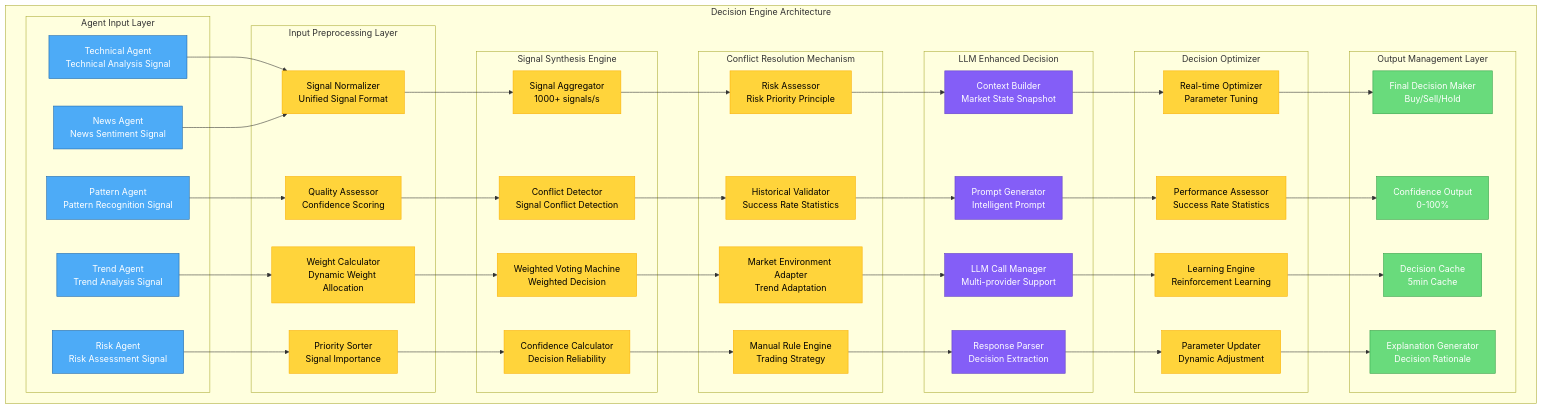
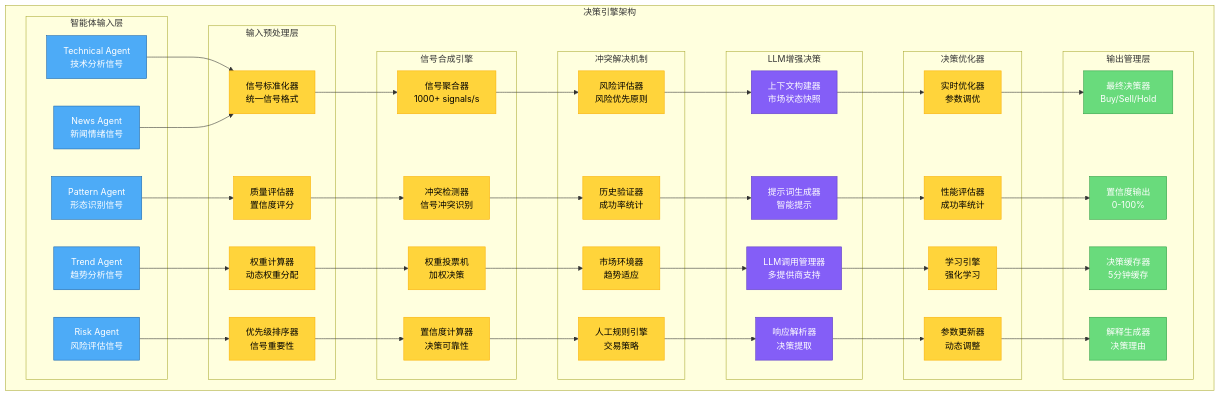
One commit to zcxGGmu/DeepAlpha changed the fourth of 12 diagrams in README.zh.md. Above: the diagram before and after it, drawn with Mermaid. The commit also changed other lines of this file and 1 other file, not shown here.

````diff
--- a/README.zh.md
+++ b/README.zh.md
@@ -531,54 +530,54 @@
 ```mermaid
 graph TB
-    subgraph "Decision Engine Architecture"
-        subgraph "Agent Input Layer"
-            AI1[Technical Agent<br/>Technical Analysis Signal]
-            AI2[Pattern Agent<br/>Pattern Recognition Signal]
-            AI3[Trend Agent<br/>Trend Analysis Signal]
-            AI4[Risk Agent<br/>Risk Assessment Signal]
-            AI5[News Agent<br/>News Sentiment Signal]
+    subgraph "决策引擎架构"
+        subgraph "智能体输入层"
+            AI1[Technical Agent<br/>技术分析信号]
+            AI2[Pattern Agent<br/>形态识别信号]
+            AI3[Trend Agent<br/>趋势分析信号]
+            AI4[Risk Agent<br/>风险评估信号]
+            AI5[News Agent<br/>新闻情绪信号]
         end
 
-        subgraph "Input Preprocessing Layer"
-            PR1[Signal Normalizer<br/>Unified Signal Format]
-            PR2[Quality Assessor<br/>Confidence Scoring]
-            PR3[Weight Calculator<br/>Dynamic Weight Allocation]
-            PR4[Priority Sorter<br/>Signal Importance]
+        subgraph "输入预处理层"
+            PR1[信号标准化器<br/>统一信号格式]
+            PR2[质量评估器<br/>置信度评分]
+            PR3[权重计算器<br/>动态权重分配]
+            PR4[优先级排序器<br/>信号重要性]
         end
 
-        subgraph "Signal Synthesis Engine"
-            SE1[Signal Aggregator<br/>1000+ signals/s]
-            SE2[Conflict Detector<br/>Signal Conflict Detection]
-            SE3[Weighted Voting Machine<br/>Weighted Decision]
-            SE4[Confidence Calculator<br/>Decision Reliability]
+        subgraph "信号合成引擎"
+            SE1[信号聚合器<br/>1000+ signals/s]
+            SE2[冲突检测器<br/>信号冲突识别]
+            SE3[权重投票机<br/>加权决策]
+            SE4[置信度计算器<br/>决策可靠性]
         end
 
-        subgraph "Conflict Resolution Mechanism"
-            CR1[Risk Assessor<br/>Risk Priority Principle]
-            CR2[Historical Validator<br/>Success Rate Statistics]
-            CR3[Market Environment Adapter<br/>Trend Adaptation]
-            CR4[Manual Rule Engine<br/>Trading Strategy]
+        subgraph "冲突解决机制"
+            CR1[风险评估器<br/>风险优先原则]
+            CR2[历史验证器<br/>成功率统计]
+            CR3[市场环境器<br/>趋势适应]
+            CR4[人工规则引擎<br/>交易策略]
         end
 
-        subgraph "LLM Enhanced Decision"
-            LL1[Context Builder<br/>Market State Snapshot]
-            LL2[Prompt Generator<br/>Intelligent Prompt]
-            LL3[LLM Call Manager<br/>Multi-provider Support]
-            LL4[Response Parser<br/>Decision Extraction]
+        subgraph "LLM增强决策"
+            LL1[上下文构建器<br/>市场状态快照]
+            LL2[提示词生成器<br/>智能提示]
+            LL3[LLM调用管理器<br/>多提供商支持]
+            LL4[响应解析器<br/>决策提取]
         end
 
-        subgraph "Decision Optimizer"
-            OP1[Real-time Optimizer<br/>Parameter Tuning]
-            OP2[Performance Assessor<br/>Success Rate Statistics]
-            OP3[Learning Engine<br/>Reinforcement Learning]
-            OP4[Parameter Updater<br/>Dynamic Adjustment]
+        subgraph "决策优化器"
+            OP1[实时优化器<br/>参数调优]
+            OP2[性能评估器<br/>成功率统计]
+            OP3[学习引擎<br/>强化学习]
+            OP4[参数更新器<br/>动态调整]
         end
 
-        subgraph "Output Management Layer"
-            OU1[Final Decision Maker<br/>Buy/Sell/Hold]
-            OU2[Confidence Output<br/>0-100%]
-            OU3[Decision Cache<br/>5min Cache]
-            OU4[Explanation Generator<br/>Decision Rationale]
+        subgraph "输出管理层"
+            OU1[最终决策器<br/>Buy/Sell/Hold]
+            OU2[置信度输出<br/>0-100%]
+            OU3[决策缓存器<br/>5分钟缓存]
+            OU4[解释生成器<br/>决策理由]
         end
     end
 
````
